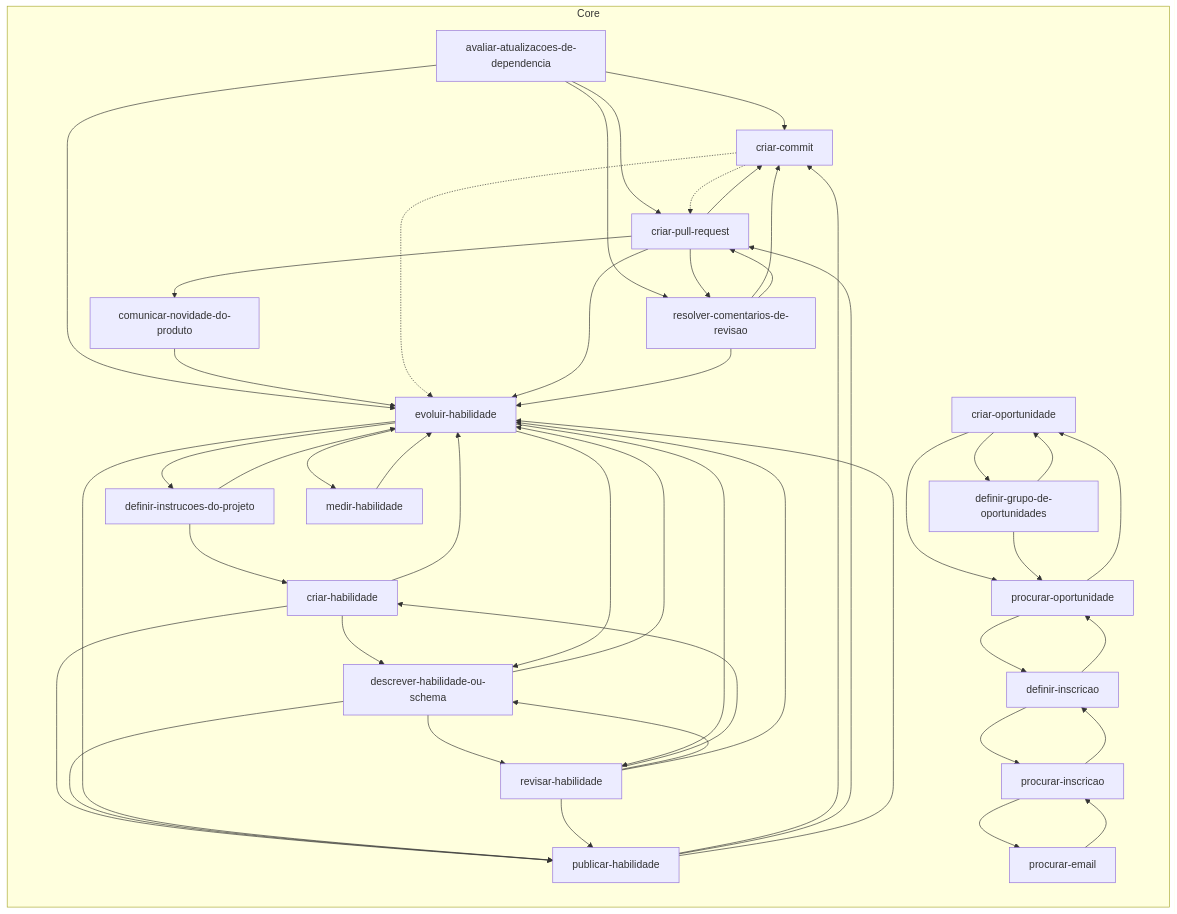
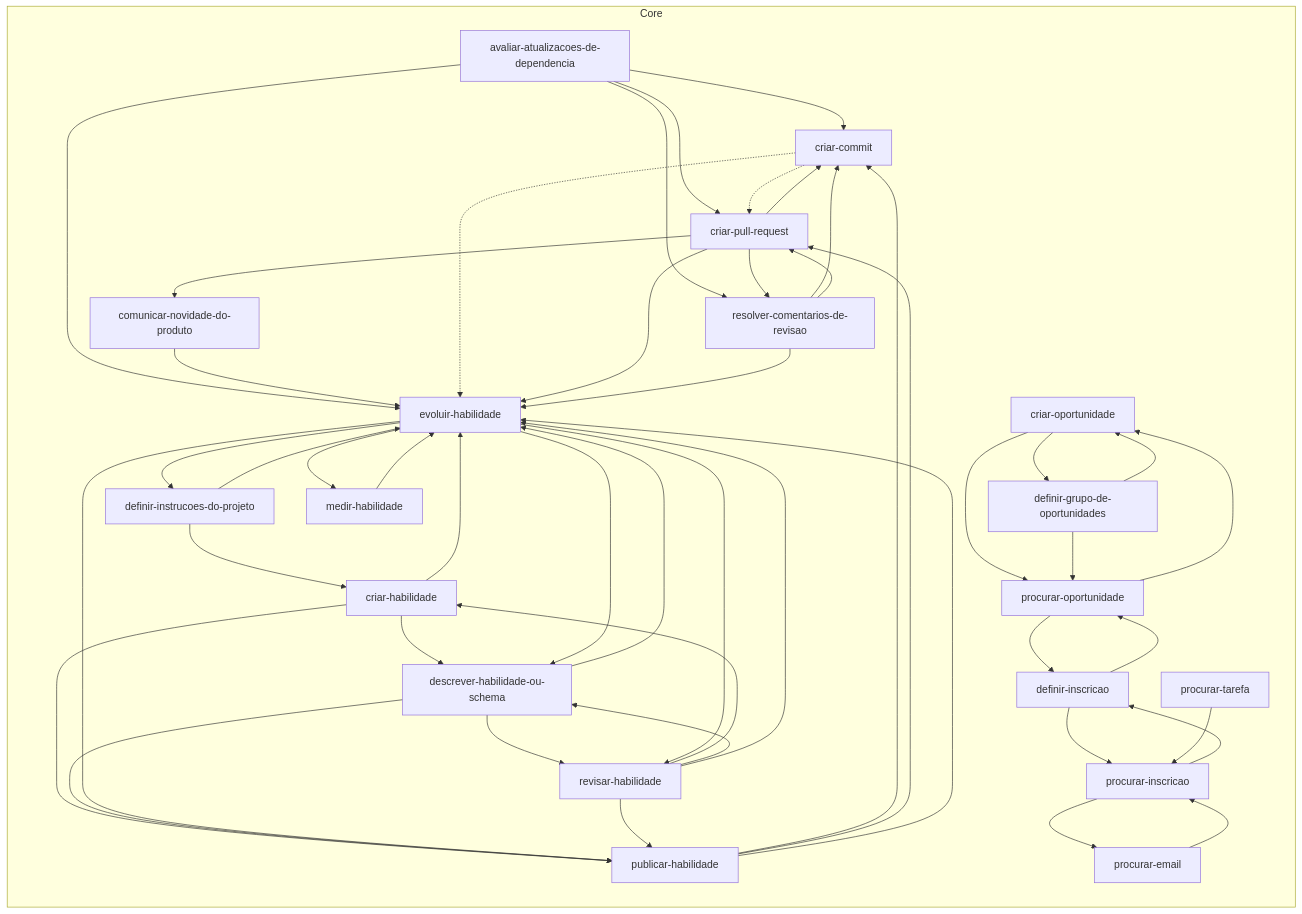
One commit to jimmyandrade/harness changed the diagram in .agents/skills/README.md. Above: the diagram before and after it, drawn with Mermaid. The commit also changed 3 other files, not shown here.

First line of the commit message:
feat(procurar-tarefa): move the skill to the core

````diff
--- a/.agents/skills/README.md
+++ b/.agents/skills/README.md
@@ -11,69 +11,71 @@
 ```mermaid
 flowchart LR
   subgraph core["Core"]
     avaliar_atualizacoes_de_dependencia["avaliar-atualizacoes-de-dependencia"]
     comunicar_novidade_do_produto["comunicar-novidade-do-produto"]
     criar_commit["criar-commit"]
     criar_habilidade["criar-habilidade"]
     criar_oportunidade["criar-oportunidade"]
     criar_pull_request["criar-pull-request"]
     definir_grupo_de_oportunidades["definir-grupo-de-oportunidades"]
     definir_inscricao["definir-inscricao"]
     definir_instrucoes_do_projeto["definir-instrucoes-do-projeto"]
     descrever_habilidade_ou_schema["descrever-habilidade-ou-schema"]
     evoluir_habilidade["evoluir-habilidade"]
     medir_habilidade["medir-habilidade"]
     procurar_email["procurar-email"]
     procurar_inscricao["procurar-inscricao"]
     procurar_oportunidade["procurar-oportunidade"]
+    procurar_tarefa["procurar-tarefa"]
     publicar_habilidade["publicar-habilidade"]
     resolver_comentarios_de_revisao["resolver-comentarios-de-revisao"]
     revisar_habilidade["revisar-habilidade"]
   end
   avaliar_atualizacoes_de_dependencia --> criar_commit
   avaliar_atualizacoes_de_dependencia --> criar_pull_request
   avaliar_atualizacoes_de_dependencia --> evoluir_habilidade
   avaliar_atualizacoes_de_dependencia --> resolver_comentarios_de_revisao
   comunicar_novidade_do_produto --> evoluir_habilidade
   criar_commit -.-> criar_pull_request
   criar_commit -.-> evoluir_habilidade
   criar_habilidade --> descrever_habilidade_ou_schema
   criar_habilidade --> evoluir_habilidade
   criar_habilidade --> publicar_habilidade
   criar_oportunidade --> definir_grupo_de_oportunidades
   criar_oportunidade --> procurar_oportunidade
   criar_pull_request --> comunicar_novidade_do_produto
   criar_pull_request --> criar_commit
   criar_pull_request --> evoluir_habilidade
   criar_pull_request --> resolver_comentarios_de_revisao
   definir_grupo_de_oportunidades --> criar_oportunidade
   definir_grupo_de_oportunidades --> procurar_oportunidade
   definir_inscricao --> procurar_inscricao
   definir_inscricao --> procurar_oportunidade
   definir_instrucoes_do_projeto --> criar_habilidade
   definir_instrucoes_do_projeto --> evoluir_habilidade
   descrever_habilidade_ou_schema --> evoluir_habilidade
   descrever_habilidade_ou_schema --> publicar_habilidade
   descrever_habilidade_ou_schema --> revisar_habilidade
   evoluir_habilidade --> definir_instrucoes_do_projeto
   evoluir_habilidade --> descrever_habilidade_ou_schema
   evoluir_habilidade --> medir_habilidade
   evoluir_habilidade --> publicar_habilidade
   evoluir_habilidade --> revisar_habilidade
   medir_habilidade --> evoluir_habilidade
   procurar_email --> procurar_inscricao
   procurar_inscricao --> definir_inscricao
   procurar_inscricao --> procurar_email
   procurar_oportunidade --> criar_oportunidade
   procurar_oportunidade --> definir_inscricao
+  procurar_tarefa --> procurar_inscricao
   publicar_habilidade --> criar_commit
   publicar_habilidade --> criar_pull_request
   publicar_habilidade --> evoluir_habilidade
   resolver_comentarios_de_revisao --> criar_commit
   resolver_comentarios_de_revisao --> criar_pull_request
   resolver_comentarios_de_revisao --> evoluir_habilidade
   revisar_habilidade --> criar_habilidade
   revisar_habilidade --> descrever_habilidade_ou_schema
   revisar_habilidade --> evoluir_habilidade
   revisar_habilidade --> publicar_habilidade
 ```
````
